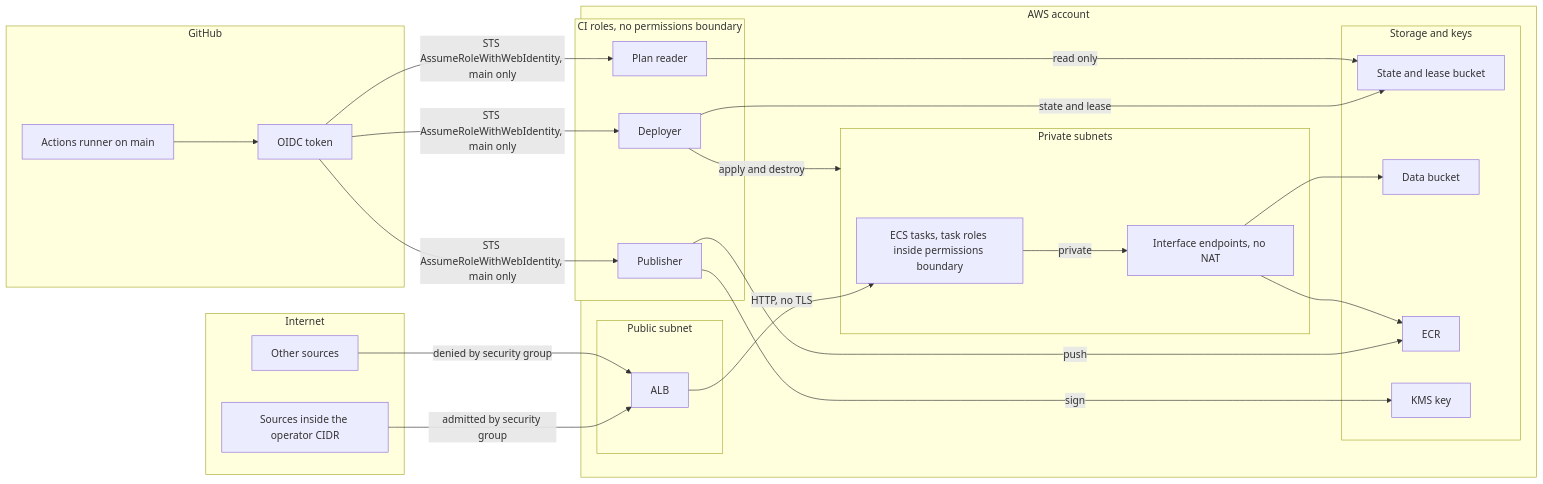
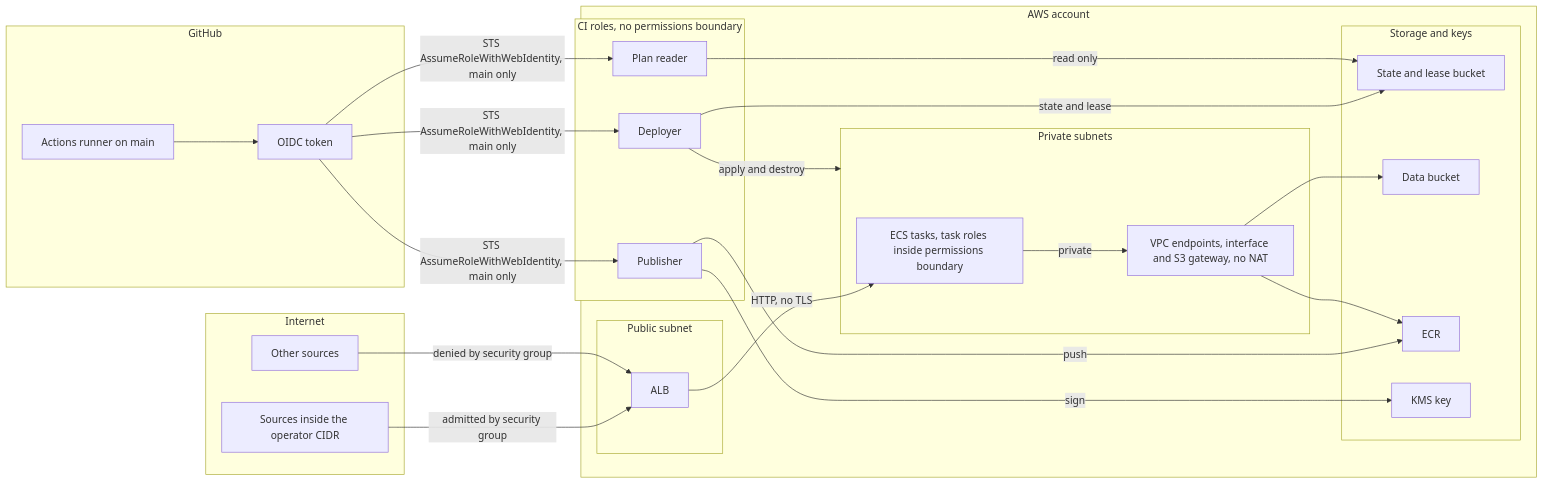
One commit to FunnyValentine69/orbit-infra changed the diagram in docs/THREAT_MODEL.md. Above: the diagram before and after it, drawn with Mermaid. The commit also changed other lines of this file and 3 other files, not shown here.

````diff
--- a/docs/THREAT_MODEL.md
+++ b/docs/THREAT_MODEL.md
@@ -17,46 +17,46 @@
 ```mermaid
 flowchart LR
   subgraph internet["Internet"]
     inside["Sources inside the operator CIDR"]
     outside["Other sources"]
   end
   subgraph github["GitHub"]
     runner["Actions runner on main"]
     token["OIDC token"]
   end
   subgraph aws["AWS account"]
     subgraph roles["CI roles, no permissions boundary"]
       plan["Plan reader"]
       deployer["Deployer"]
       publisher["Publisher"]
     end
     subgraph public["Public subnet"]
       alb["ALB"]
     end
     subgraph private["Private subnets"]
       ecs["ECS tasks, task roles inside permissions boundary"]
-      endpoints["Interface endpoints, no NAT"]
+      endpoints["VPC endpoints, interface and S3 gateway, no NAT"]
     end
     subgraph storage["Storage and keys"]
       state["State and lease bucket"]
       data["Data bucket"]
       ecr["ECR"]
       kms["KMS key"]
     end
   end
   inside -->|"admitted by security group"| alb
   outside -->|"denied by security group"| alb
   runner --> token
   token -->|"STS AssumeRoleWithWebIdentity, main only"| plan
   token -->|"STS AssumeRoleWithWebIdentity, main only"| deployer
   token -->|"STS AssumeRoleWithWebIdentity, main only"| publisher
   deployer -->|"apply and destroy"| private
   deployer -->|"state and lease"| state
   publisher -->|"push"| ecr
   publisher -->|"sign"| kms
   plan -->|"read only"| state
   alb -->|"HTTP, no TLS"| ecs
   ecs -->|"private"| endpoints
   endpoints --> data
   endpoints --> ecr
 ```
````
